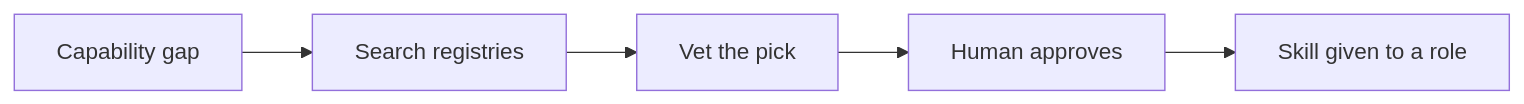
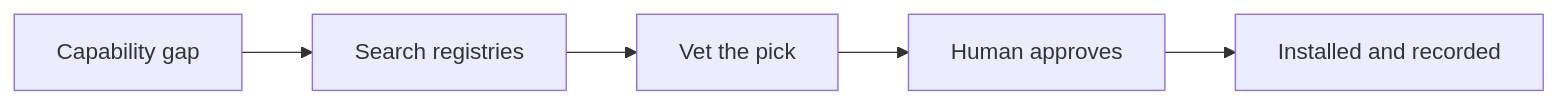
Before and after one commit to trustmybot/tmb: the tenth of 12 diagrams in docs/flows/FLOWS.md, drawn with Mermaid. The commit also changed other lines of this file and 6 other files, not shown here.

Commit message:
📝 docs: cut the flow list to the eleven high-level flows

````diff
--- a/docs/flows/FLOWS.md
+++ b/docs/flows/FLOWS.md
@@ -294,7 +178,7 @@
 ```mermaid
 flowchart LR
     A["Capability gap"] --> B["Search registries"]
     B --> C["Vet the pick"]
     C --> D["Human approves"]
-    D --> E["Skill given to a role"]
+    D --> E["Installed and recorded"]
 ```
````
